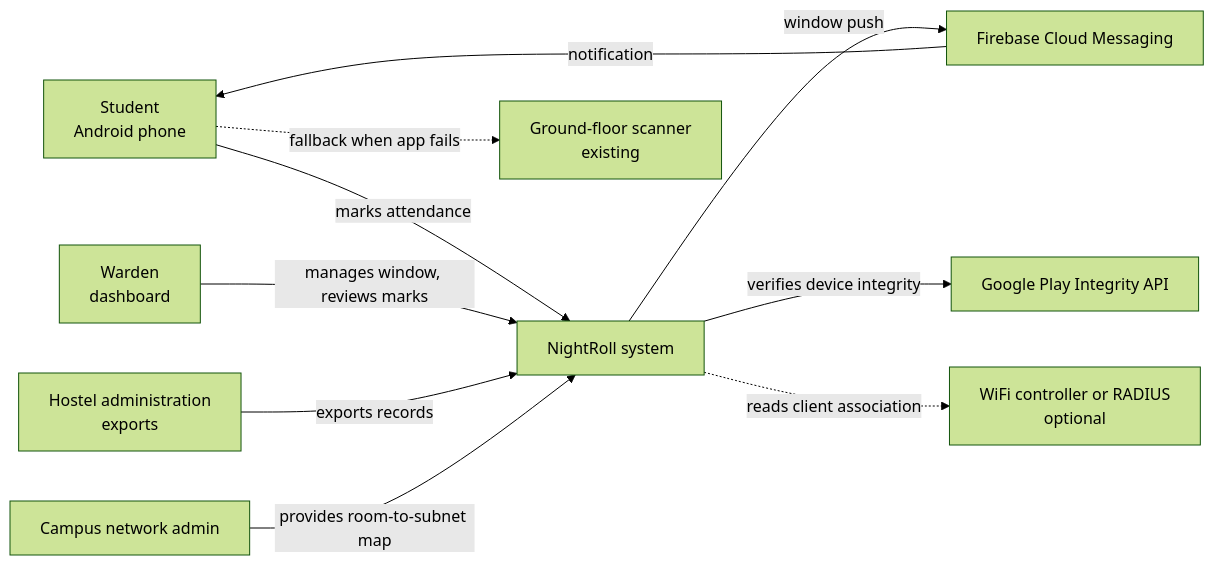
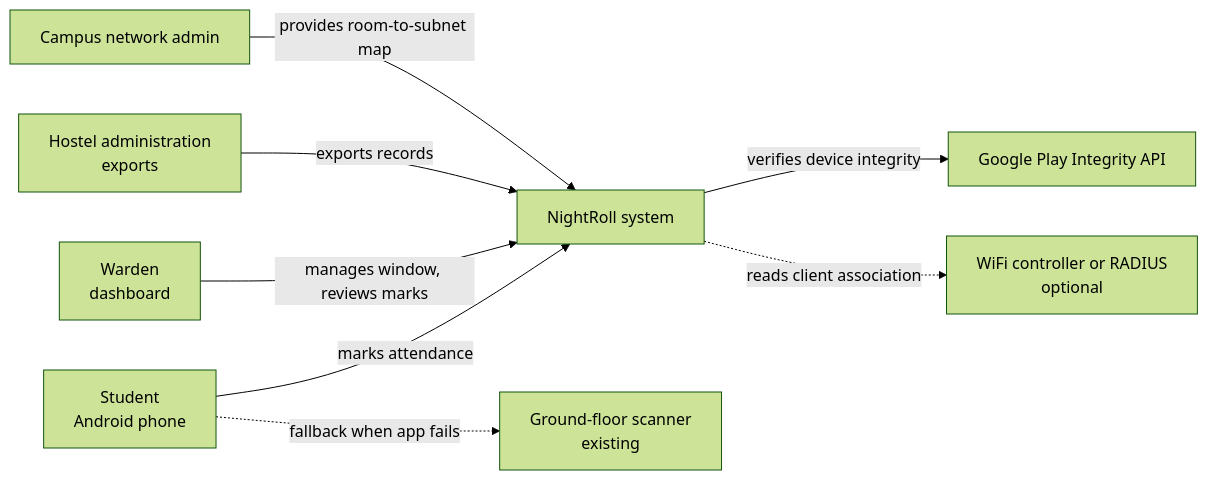
One commit to Rahul-8283/NightRoll changed the first of 10 diagrams in docs/architecture.md. Above: the diagram before and after it, drawn with Mermaid (forest theme). The commit also changed other lines of this file and 14 other files, not shown here.

Commit message:
docs: replace Firebase push with open-app model across docs and phases

````diff
--- a/docs/architecture.md
+++ b/docs/architecture.md
@@ -40,24 +40,21 @@
 ```mermaid
 flowchart LR
     Student["Student<br/>Android phone"]
     Warden["Warden<br/>dashboard"]
     Admin["Hostel administration<br/>exports"]
     NetAdmin["Campus network admin"]
 
     NightRoll["NightRoll system"]
 
-    FCM["Firebase Cloud Messaging"]
     PI["Google Play Integrity API"]
     Ctrl["WiFi controller or RADIUS<br/>optional"]
     Fallback["Ground-floor scanner<br/>existing"]
 
     Student -- "marks attendance" --> NightRoll
     Warden -- "manages window, reviews marks" --> NightRoll
     Admin -- "exports records" --> NightRoll
     NetAdmin -- "provides room-to-subnet map" --> NightRoll
-    NightRoll -- "window push" --> FCM
-    FCM -- "notification" --> Student
     NightRoll -- "verifies device integrity" --> PI
     NightRoll -. "reads client association" .-> Ctrl
     Student -. "fallback when app fails" .-> Fallback
 ```
````
